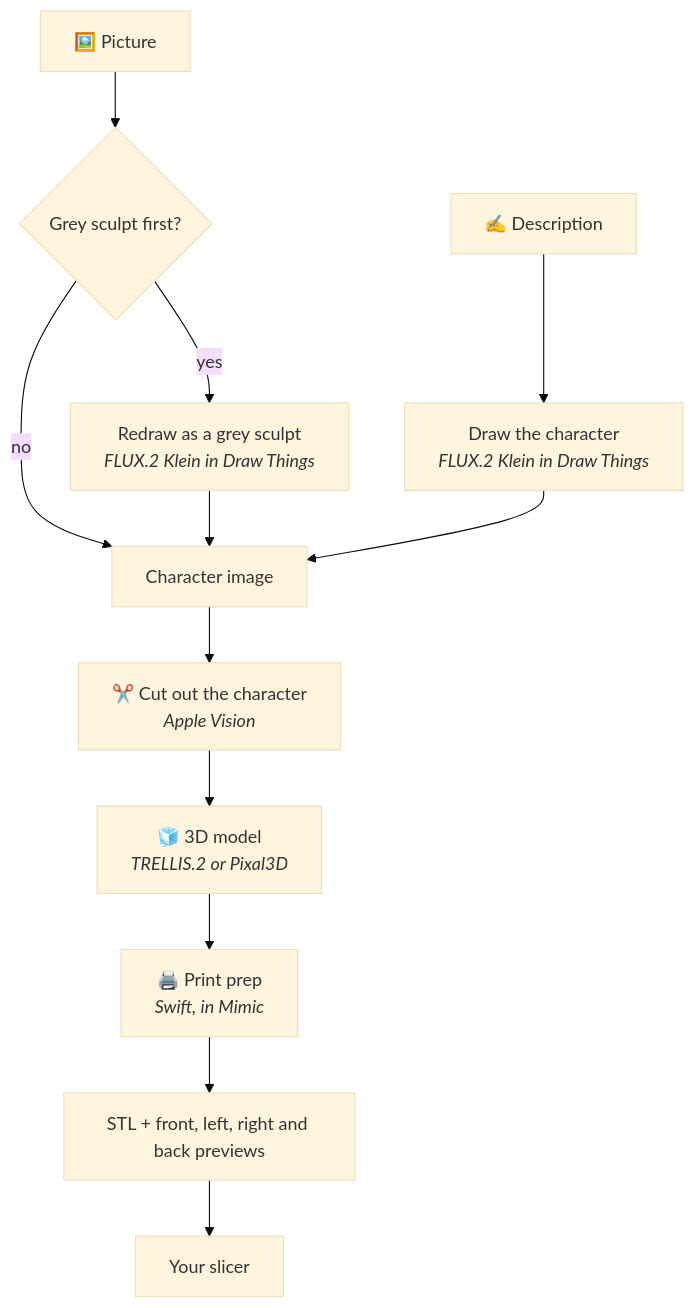
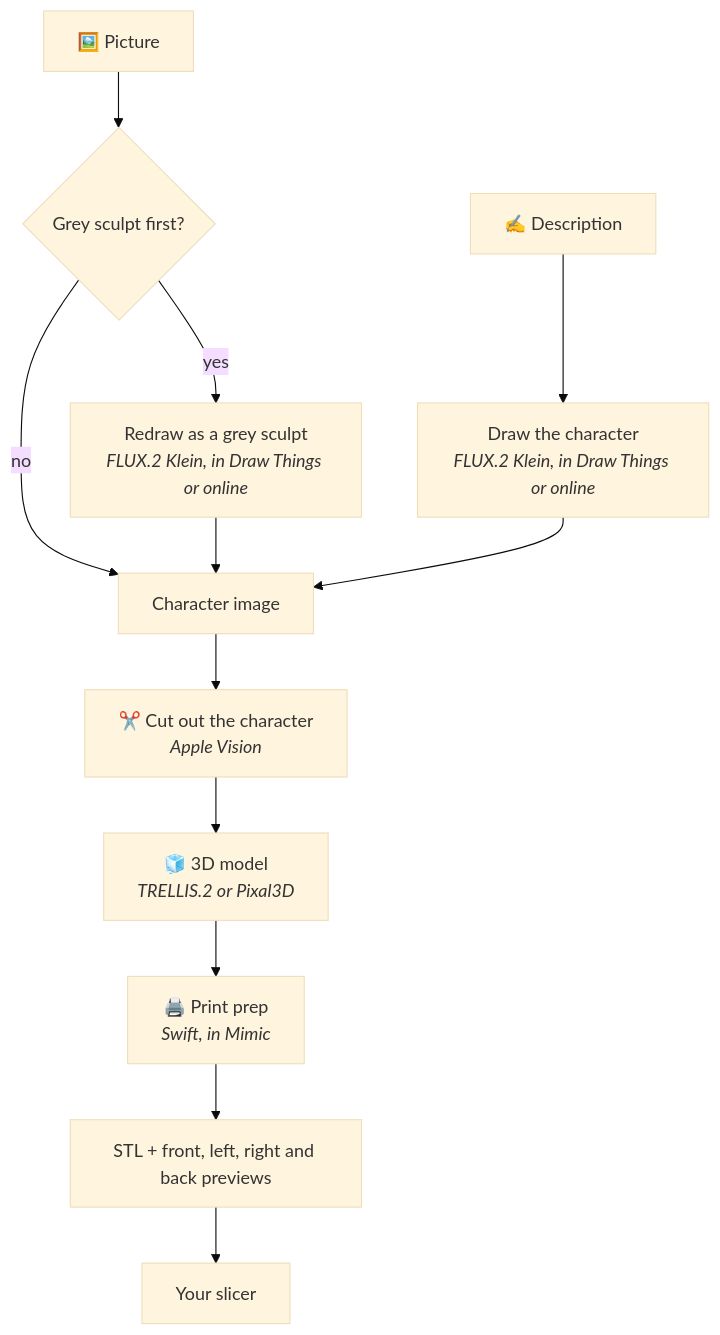
Before and after one commit to yonatankarp/mimic: the diagram in docs/how-it-works.md, drawn with Mermaid (base theme). The commit also changed 10 other files, not shown here.

````diff
--- a/docs/how-it-works.md
+++ b/docs/how-it-works.md
@@ -12,14 +12,14 @@
 ```mermaid
 flowchart TD
   pic["🖼️ Picture"] --> choice{"Grey sculpt first?"}
-  text["✍️ Description"] --> draw["Draw the character<br/><i>FLUX.2 Klein in Draw Things</i>"]
-  choice -- yes --> redraw["Redraw as a grey sculpt<br/><i>FLUX.2 Klein in Draw Things</i>"]
+  text["✍️ Description"] --> draw["Draw the character<br/><i>FLUX.2 Klein, in Draw Things or online</i>"]
+  choice -- yes --> redraw["Redraw as a grey sculpt<br/><i>FLUX.2 Klein, in Draw Things or online</i>"]
   choice -- no --> image
   redraw --> image["Character image"]
   draw --> image
   image --> cut["✂️ Cut out the character<br/><i>Apple Vision</i>"]
   cut --> mesh["🧊 3D model<br/><i>TRELLIS.2 or Pixal3D</i>"]
   mesh --> prep["🖨️ Print prep<br/><i>Swift, in Mimic</i>"]
   prep --> out["STL + front, left, right and back previews"]
   out --> slicer["Your slicer"]
 ```
````
